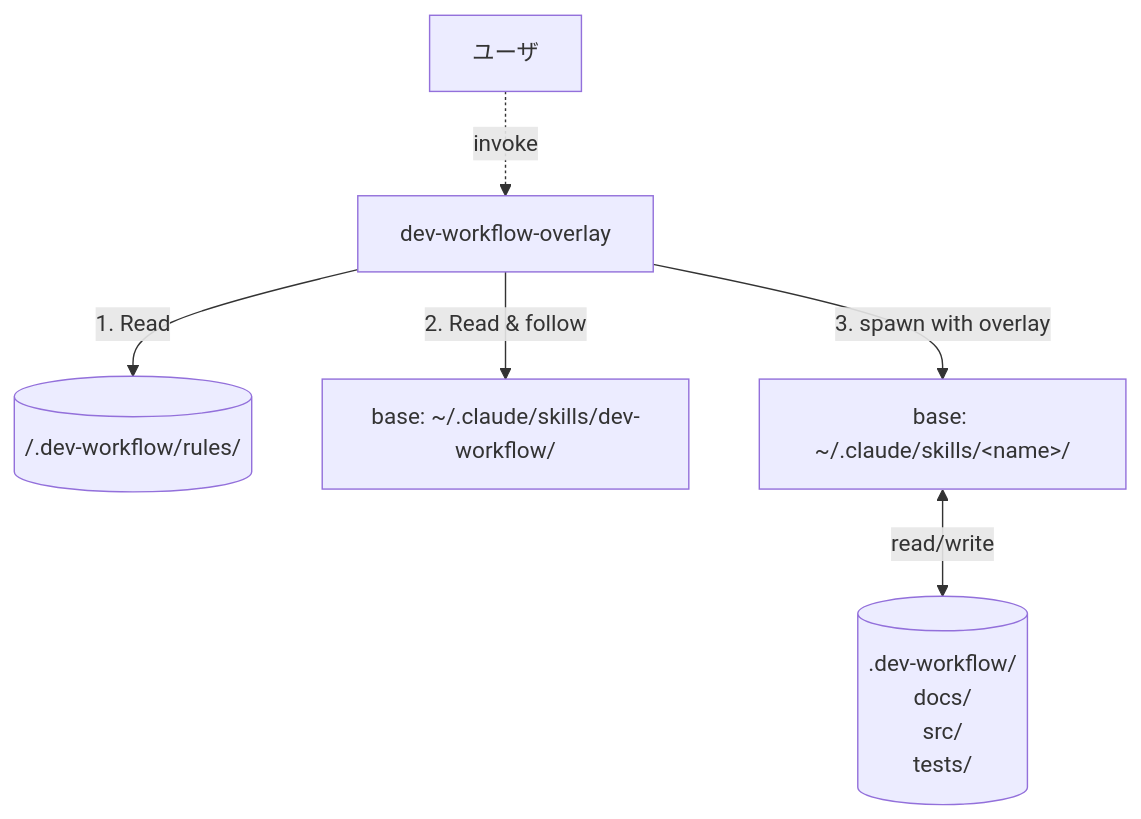
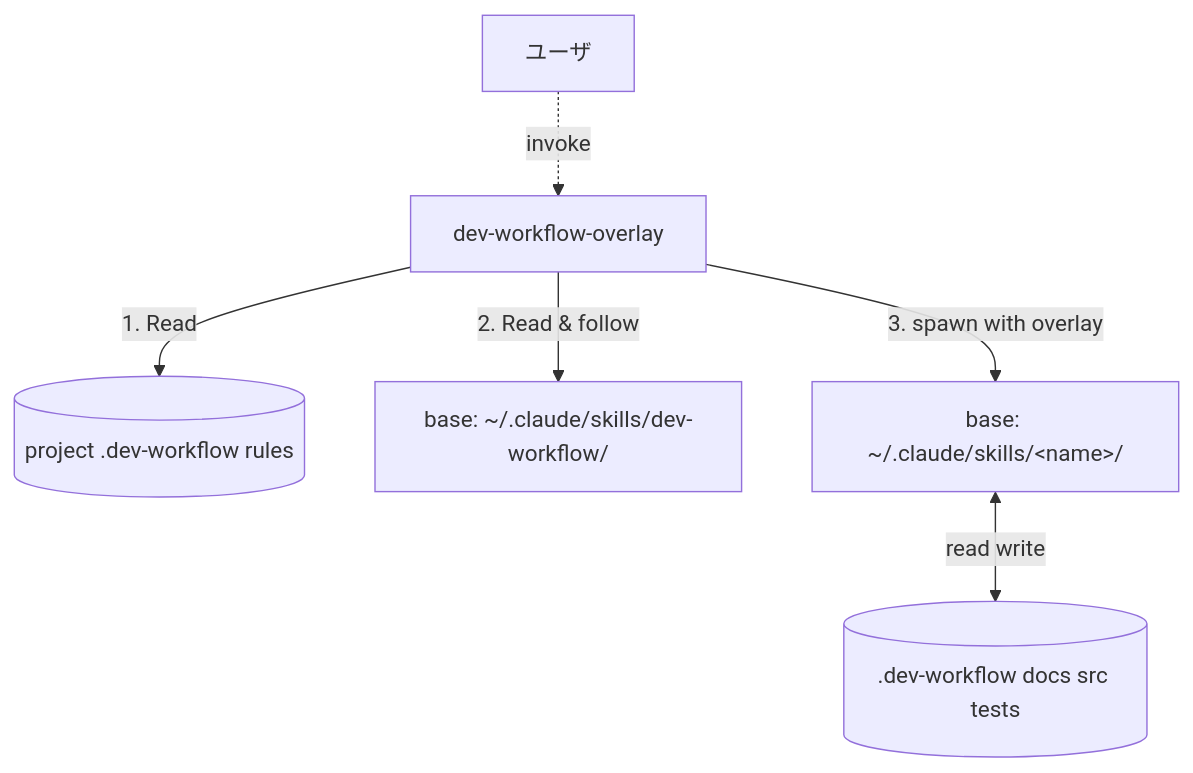
One commit to yamasuki-/software_dev_workflow changed the second of 3 diagrams in README.md. Above: the diagram before and after it, drawn with Mermaid. The commit also changed other lines of this file and 9 other files, not shown here.

````diff
--- a/README.md
+++ b/README.md
@@ -692,8 +692,8 @@
 ```mermaid
 flowchart TD
     User[ユーザ] -.invoke.-> Overlay[dev-workflow-overlay]
-    Overlay -->|1. Read| Rules[(<project>/.dev-workflow/rules/)]
+    Overlay -->|1. Read| Rules[(project .dev-workflow rules)]
     Overlay -->|2. Read & follow| BaseOrch[base: ~/.claude/skills/dev-workflow/]
     Overlay -->|3. spawn with overlay| BaseSkill[base: ~/.claude/skills/&lt;name&gt;/]
-    BaseSkill <-->|read/write| Files[(.dev-workflow/<br/>docs/<br/>src/<br/>tests/)]
+    BaseSkill <-->|read write| Files[(.dev-workflow docs src tests)]
 ```
````
